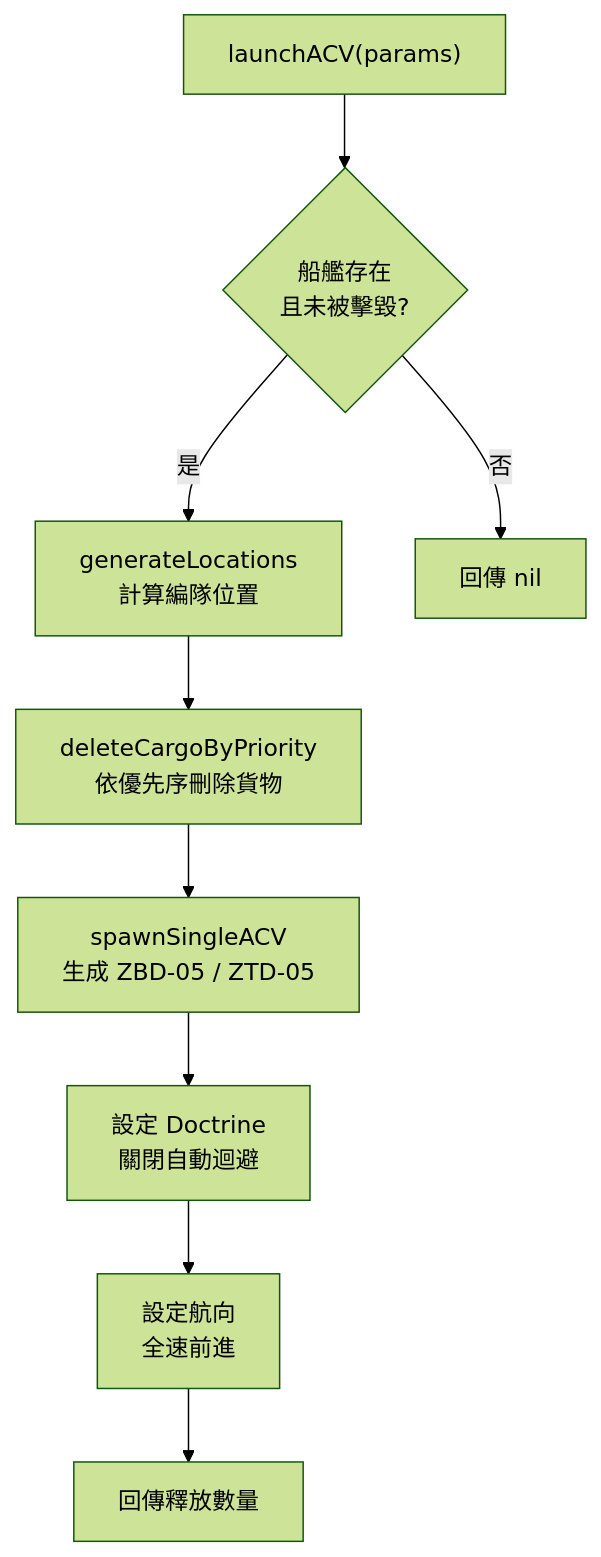
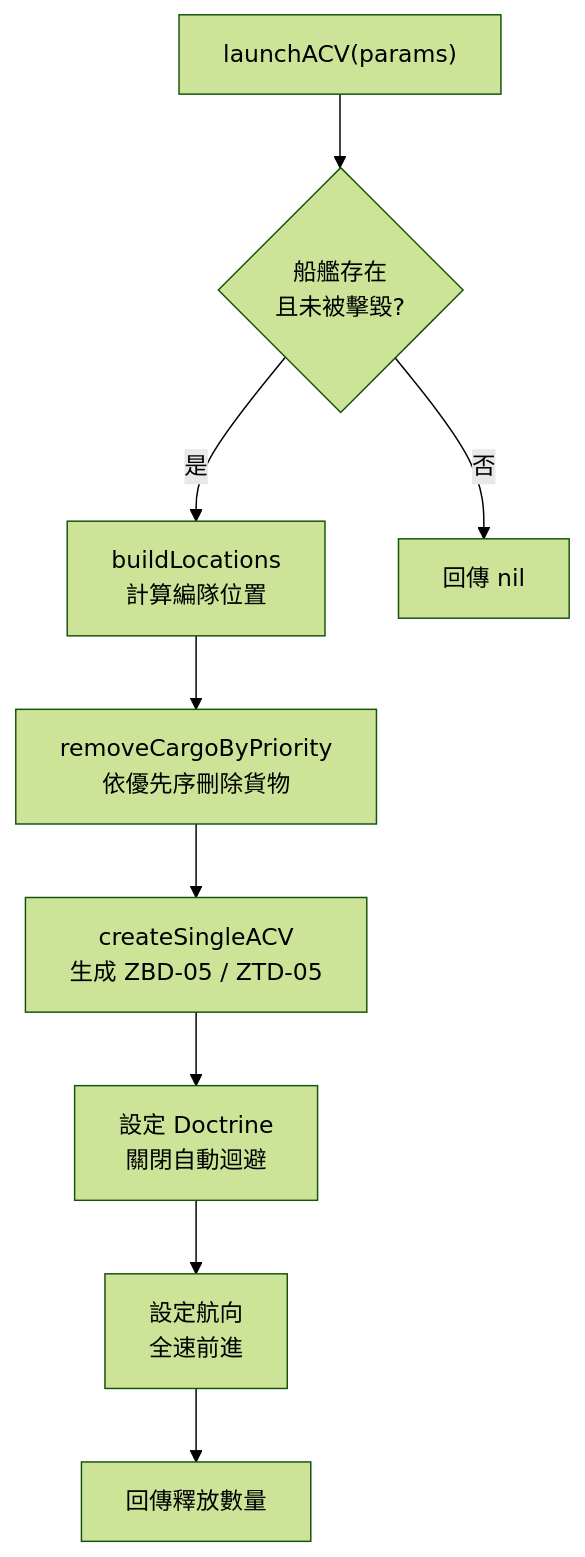
One commit to pullupjumper/formosa-in-flames changed the first of 2 diagrams in docs/landingOps/amphibiousAssault.md. Above: the diagram before and after it, drawn with Mermaid (forest theme). The commit also changed other lines of this file and 93 other files, not shown here.

````diff
--- a/docs/landingOps/amphibiousAssault.md
+++ b/docs/landingOps/amphibiousAssault.md
@@ -25,15 +25,15 @@
 ```mermaid
 flowchart TD
     START["launchACV(params)"]
     CHECK{船艦存在<br>且未被擊毀?}
-    LOCS["generateLocations<br>計算編隊位置"]
-    DELETE["deleteCargoByPriority<br>依優先序刪除貨物"]
-    SPAWN["spawnSingleACV<br>生成 ZBD-05 / ZTD-05"]
+    LOCS["buildLocations<br>計算編隊位置"]
+    DELETE["removeCargoByPriority<br>依優先序刪除貨物"]
+    SPAWN["createSingleACV<br>生成 ZBD-05 / ZTD-05"]
     DOCTRINE["設定 Doctrine<br>關閉自動迴避"]
     COURSE["設定航向<br>全速前進"]
     COUNT["回傳釋放數量"]
 
     START --> CHECK
     CHECK -->|否| RETURN_NIL["回傳 nil"]
     CHECK -->|是| LOCS --> DELETE --> SPAWN --> DOCTRINE --> COURSE --> COUNT
 ```
````
